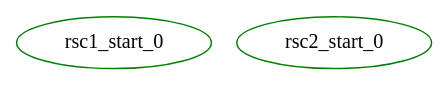
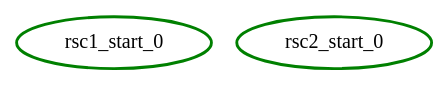
One commit to richiewen8/heartbeat changed the diagram in crm/pengine/testcases/simple12.dot. Above: the diagram before and after it, drawn with Graphviz. The commit also changed 101 other files, not shown here.

```diff
--- a/crm/pengine/testcases/simple12.dot
+++ b/crm/pengine/testcases/simple12.dot
@@ -1,5 +1,5 @@
 digraph "g" {
 	size = "30,30"
-"rsc1_start_0" [ tooltip="node2" color="green" fontcolor="black" ]
-"rsc2_start_0" [ tooltip="node1" color="green" fontcolor="black" ]
+"rsc1_start_0" [ tooltip="node2" style=bold color="green" fontcolor="black" ]
+"rsc2_start_0" [ tooltip="node1" style=bold color="green" fontcolor="black" ]
 }
```
